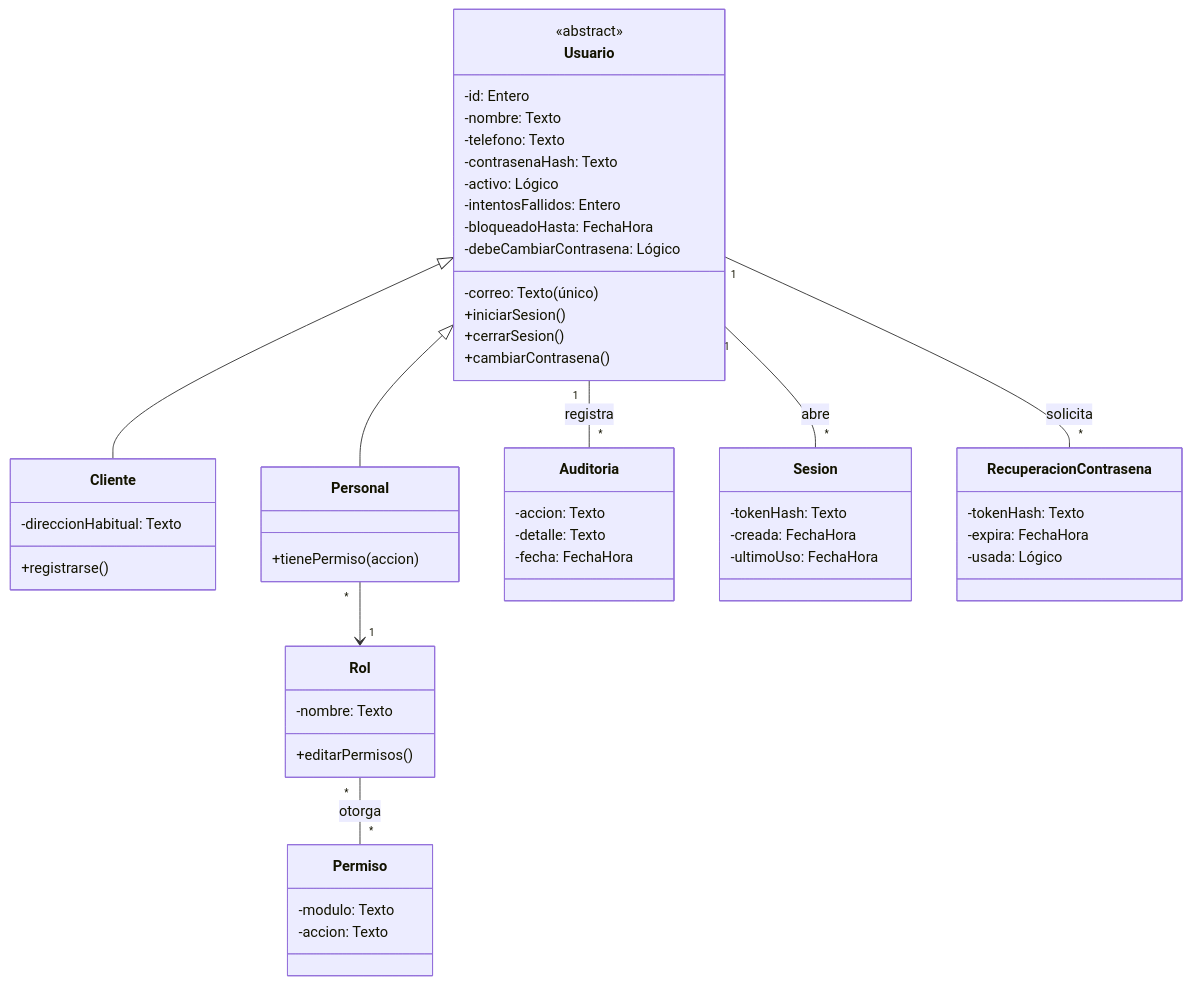
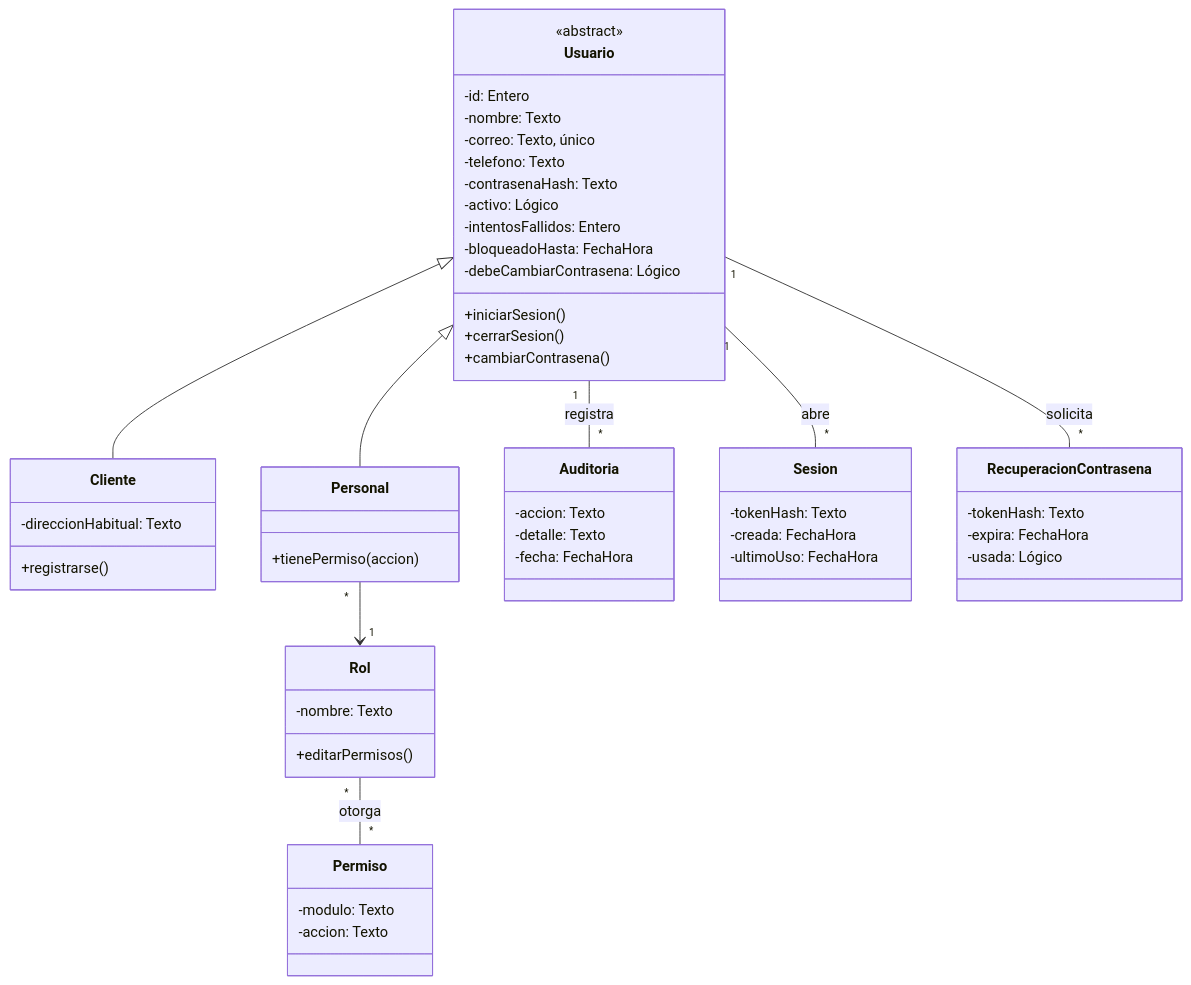
The fourth of 12 diagrams in docs/04-modelos-uml.md (Anton10-AR/DulcesAromas), drawn with Mermaid before and after one commit. The commit also changed other lines of this file, not shown here.

Commit message:
Modelos UML: atributos con nota sin paréntesis para que Mermaid no los tome como métodos; componentes en dos diagramas más legibles (RNF17)

````diff
--- a/docs/04-modelos-uml.md
+++ b/docs/04-modelos-uml.md
@@ -142,55 +142,55 @@
 ```mermaid
 classDiagram
   class Usuario {
     <<abstract>>
     -id: Entero
     -nombre: Texto
-    -correo: Texto (único)
+    -correo: Texto, único
     -telefono: Texto
     -contrasenaHash: Texto
     -activo: Lógico
     -intentosFallidos: Entero
     -bloqueadoHasta: FechaHora
     -debeCambiarContrasena: Lógico
     +iniciarSesion()
     +cerrarSesion()
     +cambiarContrasena()
   }
   class Cliente {
     -direccionHabitual: Texto
     +registrarse()
   }
   class Personal {
     +tienePermiso(accion)
   }
   class Rol {
     -nombre: Texto
     +editarPermisos()
   }
   class Permiso {
     -modulo: Texto
     -accion: Texto
   }
   class Auditoria {
     -accion: Texto
     -detalle: Texto
     -fecha: FechaHora
   }
   class Sesion {
     -tokenHash: Texto
     -creada: FechaHora
     -ultimoUso: FechaHora
   }
   class RecuperacionContrasena {
     -tokenHash: Texto
     -expira: FechaHora
     -usada: Lógico
   }
   Usuario <|-- Cliente
   Usuario <|-- Personal
   Personal "*" --> "1" Rol
   Rol "*" -- "*" Permiso : otorga
   Usuario "1" -- "*" Auditoria : registra
   Usuario "1" -- "*" Sesion : abre
   Usuario "1" -- "*" RecuperacionContrasena : solicita
 ```
````
